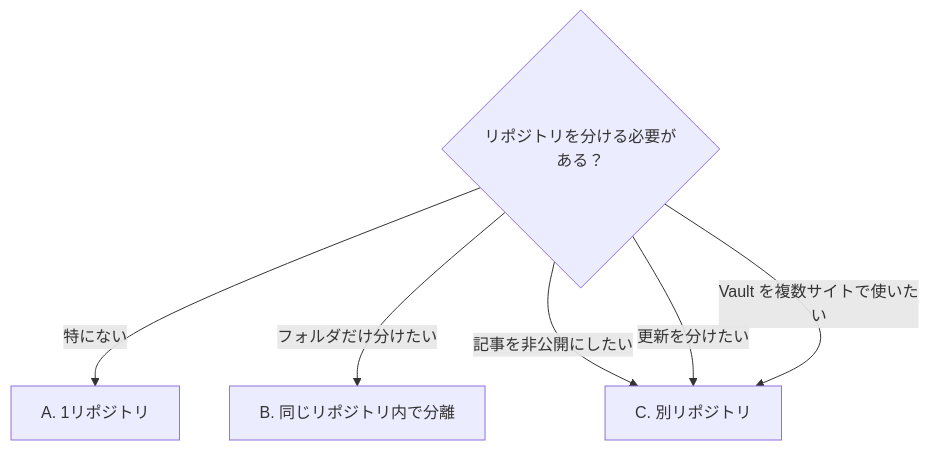
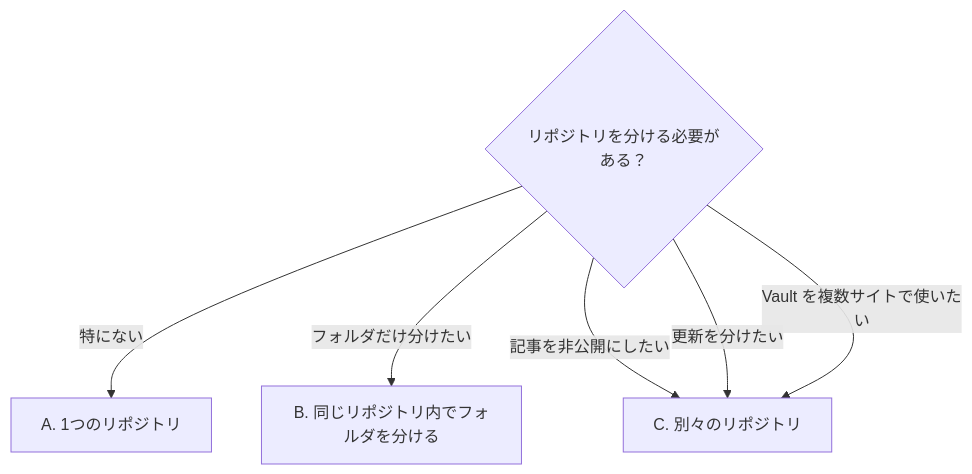
Before and after one commit to Rerurate514/riebeckite: the third of 10 diagrams in docs/docs/guides/content-repositories.ja.md, drawn with Mermaid. The commit also changed other lines of this file and 310 other files, not shown here.

````diff
--- a/docs/docs/guides/content-repositories.ja.md
+++ b/docs/docs/guides/content-repositories.ja.md
@@ -132,10 +132,10 @@
 ```mermaid
 flowchart TD
     Start{"リポジトリを分ける必要がある？"}
 
-    Start -->|"特にない"| A["A. 1リポジトリ"]
-    Start -->|"フォルダだけ分けたい"| B["B. 同じリポジトリ内で分離"]
-    Start -->|"記事を非公開にしたい"| C["C. 別リポジトリ"]
+    Start -->|"特にない"| A["A. 1つのリポジトリ"]
+    Start -->|"フォルダだけ分けたい"| B["B. 同じリポジトリ内でフォルダを分ける"]
+    Start -->|"記事を非公開にしたい"| C["C. 別々のリポジトリ"]
     Start -->|"更新を分けたい"| C
     Start -->|"Vault を複数サイトで使いたい"| C
 ```
````
